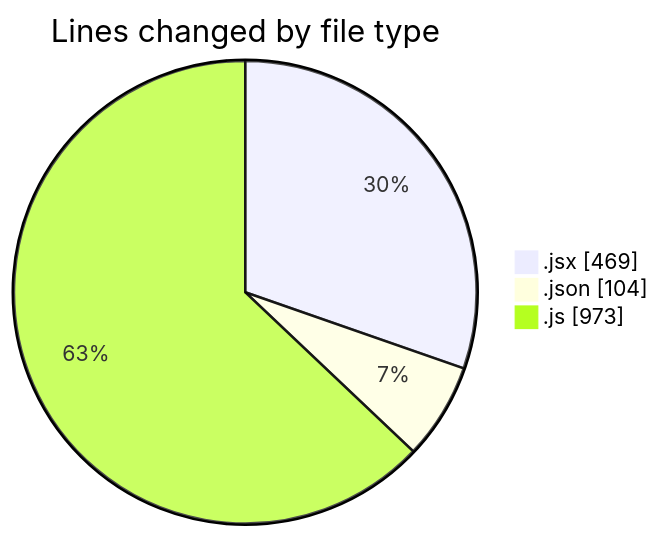
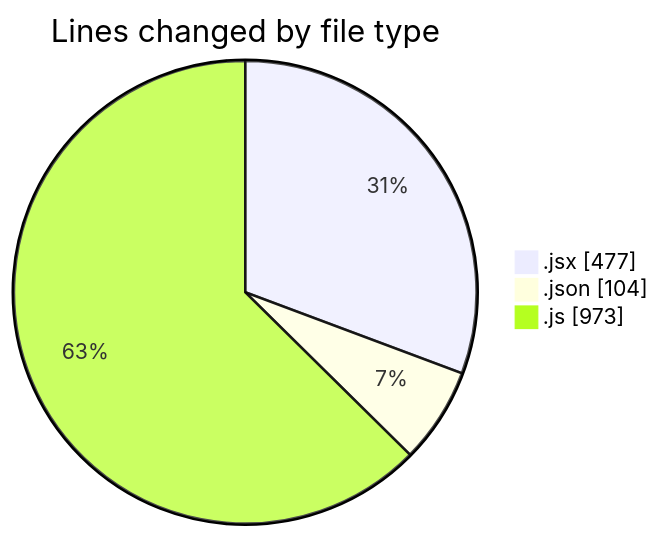
The first of 2 diagrams in 2025-05-19/cda/README.md (momahboobian/code-tracking), drawn with Mermaid before and after one commit. The commit also changed other lines of this file and 1 other file, not shown here.

````diff
--- a/2025-05-19/cda/README.md
+++ b/2025-05-19/cda/README.md
@@ -25,7 +25,7 @@
 ```mermaid
 pie showData
 title Lines changed by file type
-".jsx" : 469
+".jsx" : 477
 ".json" : 104
 ".js" : 973
 ```
````
